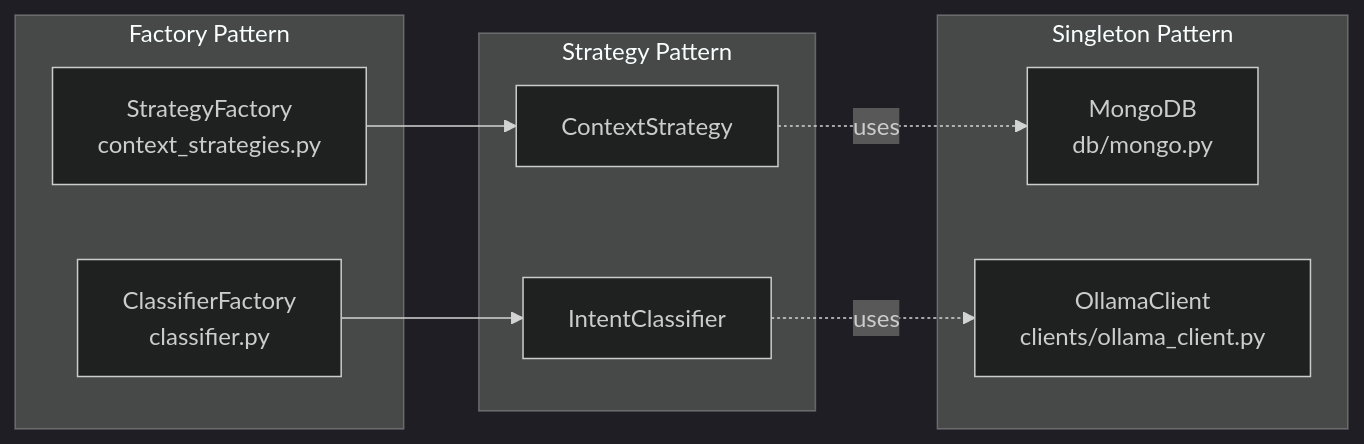
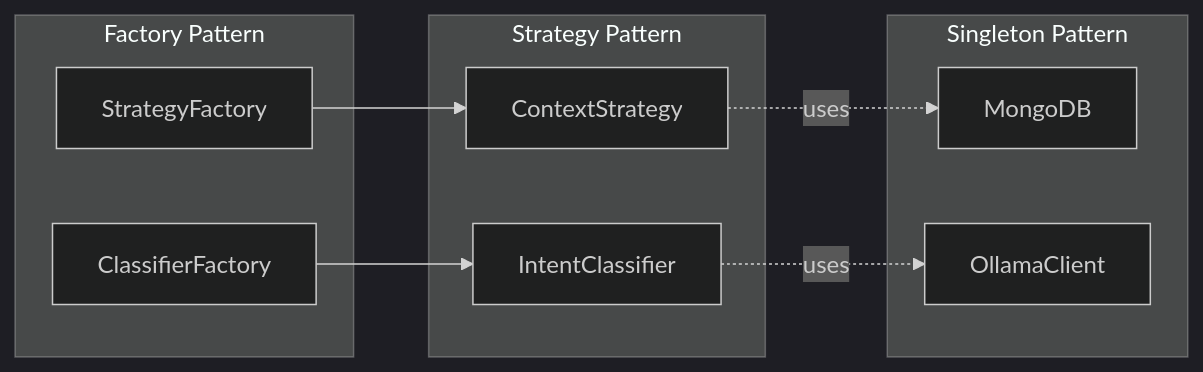
Before and after one commit to Akdeniz-CSE-Students/csebot_documentation: the third of 5 diagrams in architecture.mdx, drawn with Mermaid (dark theme). The commit also changed other lines of this file and 7 other files, not shown here.

Commit message:
feat: Refactor design pattern documentation into individual files and enhance architecture overview with new UI components and flow details.

````diff
--- a/architecture.mdx
+++ b/architecture.mdx
@@ -95,22 +136,22 @@
 ```mermaid
 flowchart LR
     subgraph "Strategy Pattern"
         IC[IntentClassifier]
         CS[ContextStrategy]
     end
     
     subgraph "Factory Pattern"
-        CF[ClassifierFactory<br/>classifier.py]
-        SF[StrategyFactory<br/>context_strategies.py]
+        CF[ClassifierFactory]
+        SF[StrategyFactory]
     end
     
     subgraph "Singleton Pattern"
-        MDB[MongoDB<br/>db/mongo.py]
-        OC[OllamaClient<br/>clients/ollama_client.py]
+        MDB[MongoDB]
+        OC[OllamaClient]
     end
     
     CF --> IC
     SF --> CS
     IC -.->|uses| OC
     CS -.->|uses| MDB
 ```
````
